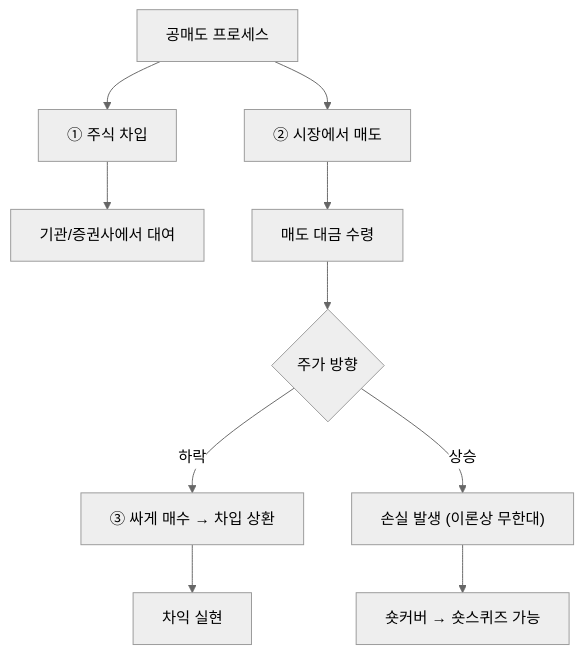
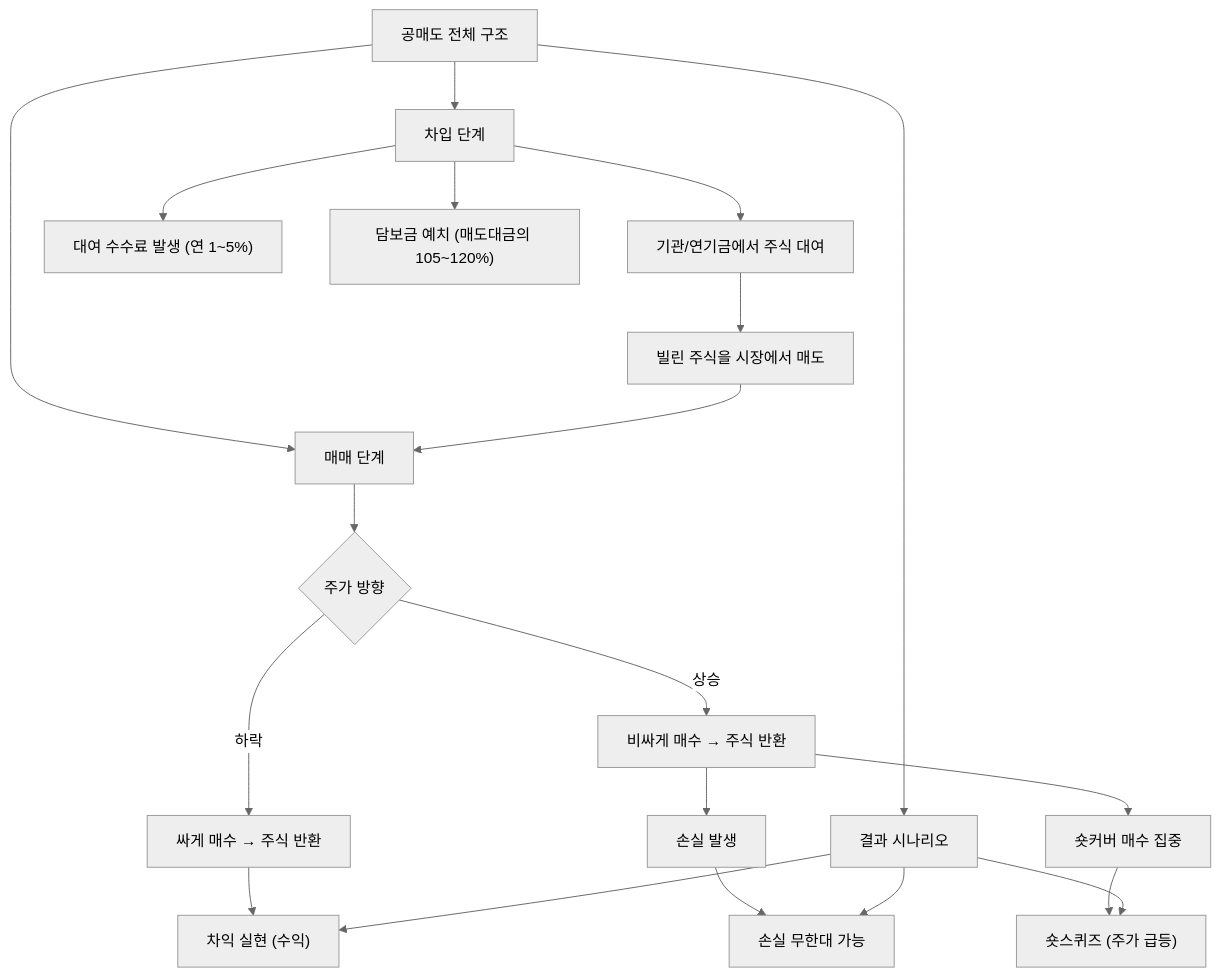
The diagram in content/stock-terms/ko/level-02-market-trading/short-selling.md (yeongseon/stock-visual-note), drawn with Mermaid (neutral theme) before and after one commit. The commit also changed other lines of this file, not shown here.

Commit message:
content: rewrite short-selling.md — 숏스퀴즈 메커니즘 상세화, 손익 비대칭 테이블, 공매도 리포트 활용법

````diff
--- a/content/stock-terms/ko/level-02-market-trading/short-selling.md
+++ b/content/stock-terms/ko/level-02-market-trading/short-selling.md
@@ -53,13 +57,22 @@
 ```mermaid
 graph TD
-    A["공매도 프로세스"]
-    A --> B["① 주식 차입"]
-    A --> C["② 시장에서 매도"]
-    B --> D["기관/증권사에서 대여"]
-    C --> E["매도 대금 수령"]
-    E --> F{"주가 방향"}
-    F -->|하락| G["③ 싸게 매수 → 차입 상환"]
-    F -->|상승| H["손실 발생 (이론상 무한대)"]
-    G --> I["차익 실현"]
-    H --> J["숏커버 → 숏스퀴즈 가능"]
+    A["공매도 전체 구조"] --> B["차입 단계"]
+    A --> C["매매 단계"]
+    A --> D["결과 시나리오"]
+    B --> E["기관/연기금에서 주식 대여"]
+    B --> F["대여 수수료 발생 (연 1~5%)"]
+    B --> G["담보금 예치 (매도대금의 105~120%)"]
+    E --> H["빌린 주식을 시장에서 매도"]
+    H --> C
+    C --> I{"주가 방향"}
+    I -->|하락| J["싸게 매수 → 주식 반환"]
+    I -->|상승| K["비싸게 매수 → 주식 반환"]
+    J --> L["차익 실현 (수익)"]
+    K --> M["손실 발생"]
+    M --> N["손실 무한대 가능"]
+    K --> O["숏커버 매수 집중"]
+    O --> P["숏스퀴즈 (주가 급등)"]
+    D --> L
+    D --> N
+    D --> P
 ```
````
